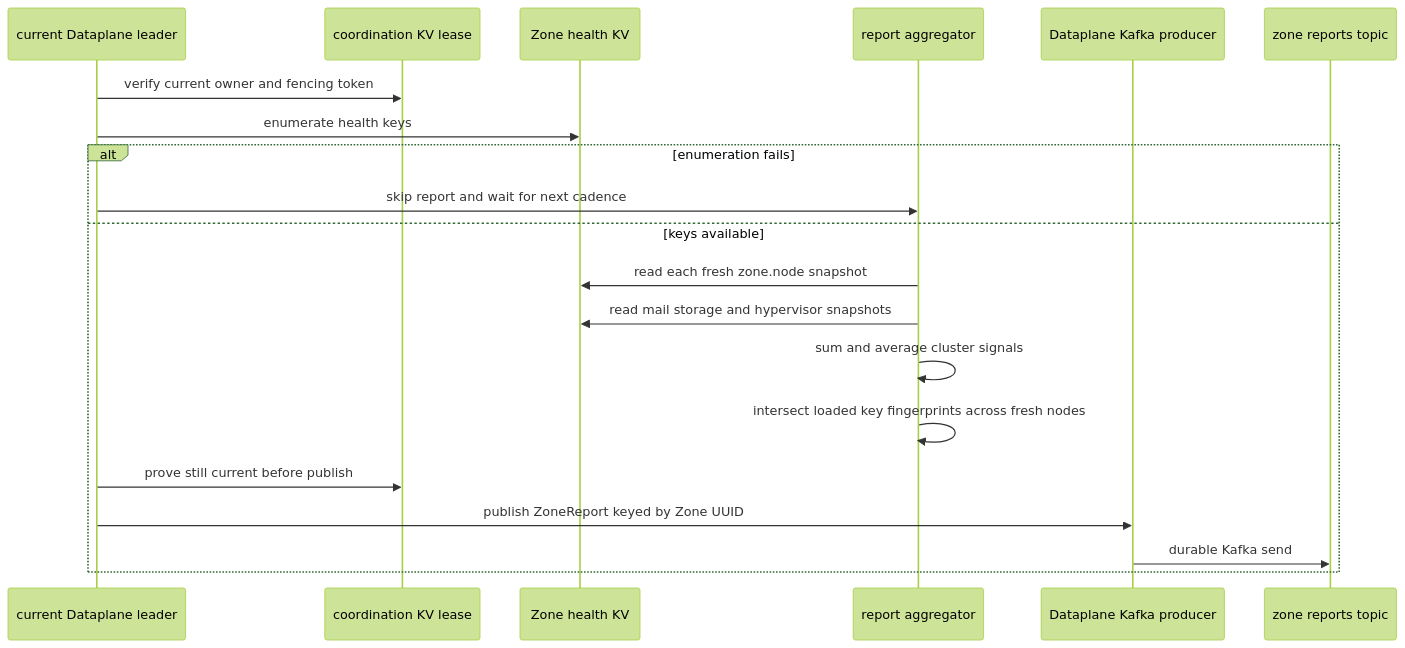
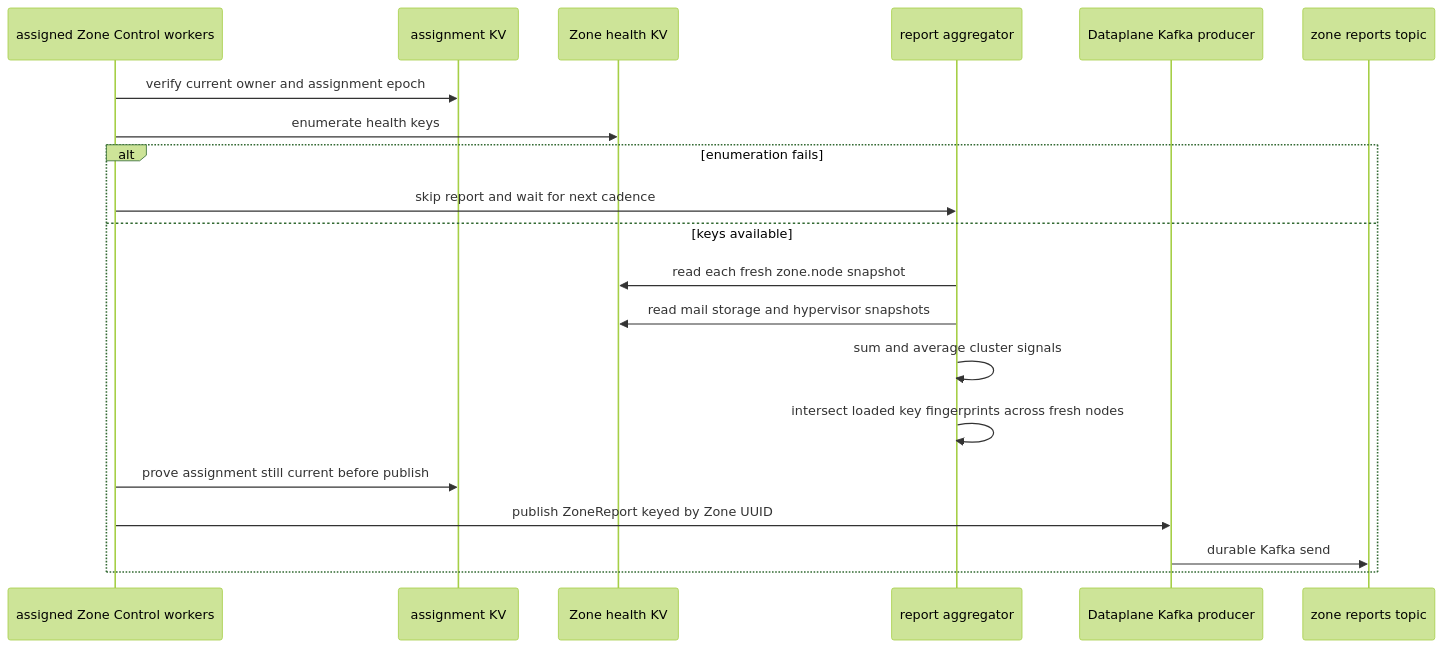
One commit to phucle996/aurora changed the second of 4 diagrams in god_view/zone_runtime/zone_health_report_writeback_god_view_workflow.md. Above: the diagram before and after it, drawn with Mermaid (forest theme). The commit also changed other lines of this file and 58 other files, not shown here.

Commit message:
refactor(zone): complete distributed control cutover

````diff
--- a/god_view/zone_runtime/zone_health_report_writeback_god_view_workflow.md
+++ b/god_view/zone_runtime/zone_health_report_writeback_god_view_workflow.md
@@ -115,23 +112,23 @@
 ```mermaid
 sequenceDiagram
-    participant LE as current Dataplane leader
-    participant CKV as coordination KV lease
+    participant ZC as assigned Zone Control workers
+    participant AKV as assignment KV
     participant HKV as Zone health KV
     participant AG as report aggregator
     participant KP as Dataplane Kafka producer
     participant KR as zone reports topic
 
-    LE->>CKV: verify current owner and fencing token
-    LE->>HKV: enumerate health keys
+    ZC->>AKV: verify current owner and assignment epoch
+    ZC->>HKV: enumerate health keys
     alt enumeration fails
-        LE->>AG: skip report and wait for next cadence
+        ZC->>AG: skip report and wait for next cadence
     else keys available
         AG->>HKV: read each fresh zone.node snapshot
         AG->>HKV: read mail storage and hypervisor snapshots
         AG->>AG: sum and average cluster signals
         AG->>AG: intersect loaded key fingerprints across fresh nodes
-        LE->>CKV: prove still current before publish
-        LE->>KP: publish ZoneReport keyed by Zone UUID
+        ZC->>AKV: prove assignment still current before publish
+        ZC->>KP: publish ZoneReport keyed by Zone UUID
         KP->>KR: durable Kafka send
     end
 ```
````
